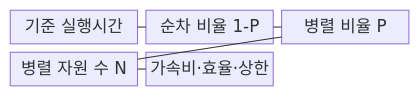
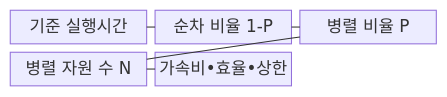
The first of 2 diagrams in src/content/docs/notes/06-evaluation/005_amdahls_law.md (agnusdei1207/knowledge-base), drawn with Mermaid before and after one commit. The commit also changed other lines of this file and 953 other files, not shown here.

````diff
--- a/src/content/docs/notes/06-evaluation/005_amdahls_law.md
+++ b/src/content/docs/notes/06-evaluation/005_amdahls_law.md
@@ -65,13 +65,13 @@
 ```mermaid
 block-beta
   columns 3
   B["기준 실행시간"]
   S["순차 비율 1-P"]
   P["병렬 비율 P"]
   N["병렬 자원 수 N"]
-  R["가속비·효율·상한"]
+  R["가속비•효율•상한"]
   B --- S
   S --- P
   P --- N
   N --- R
 ```
````
